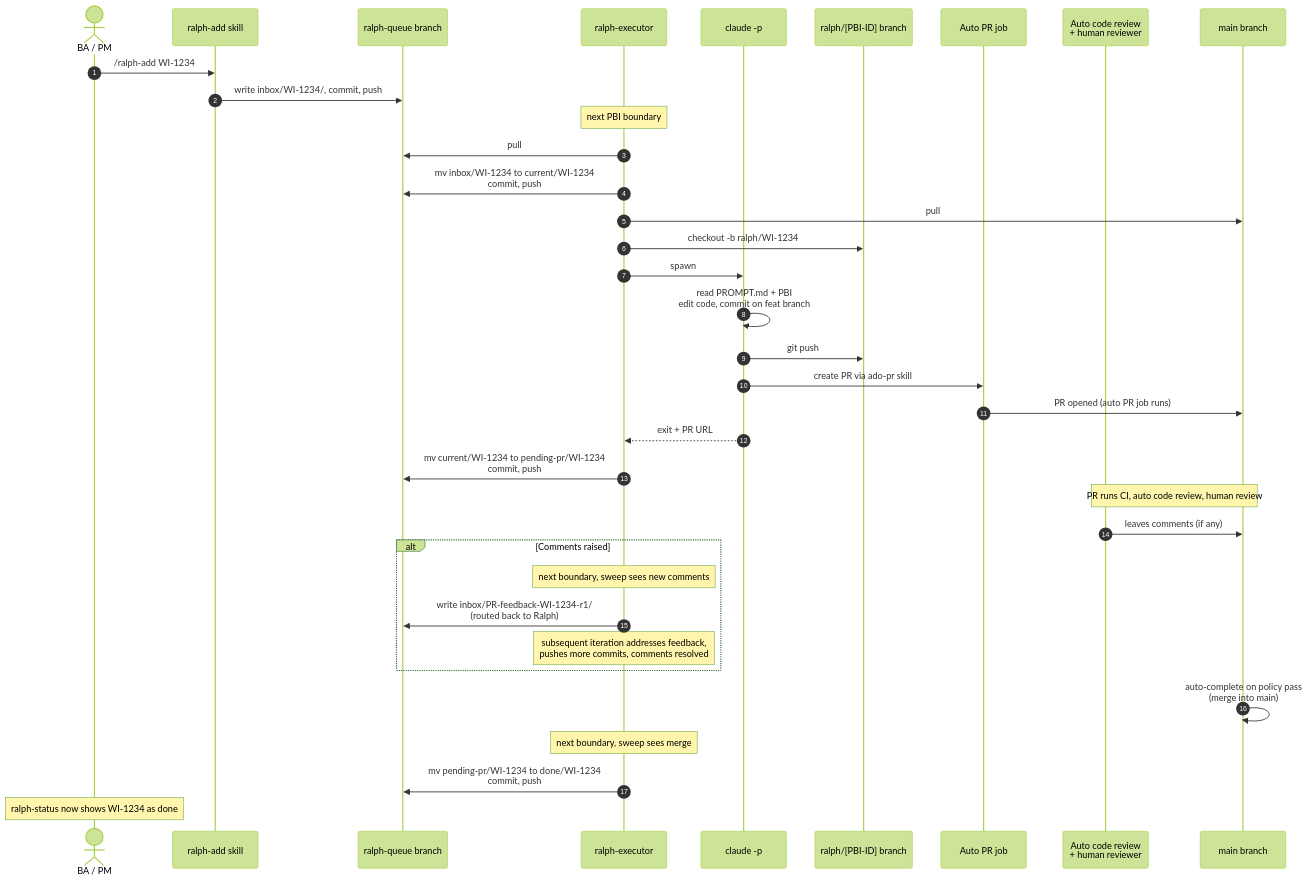
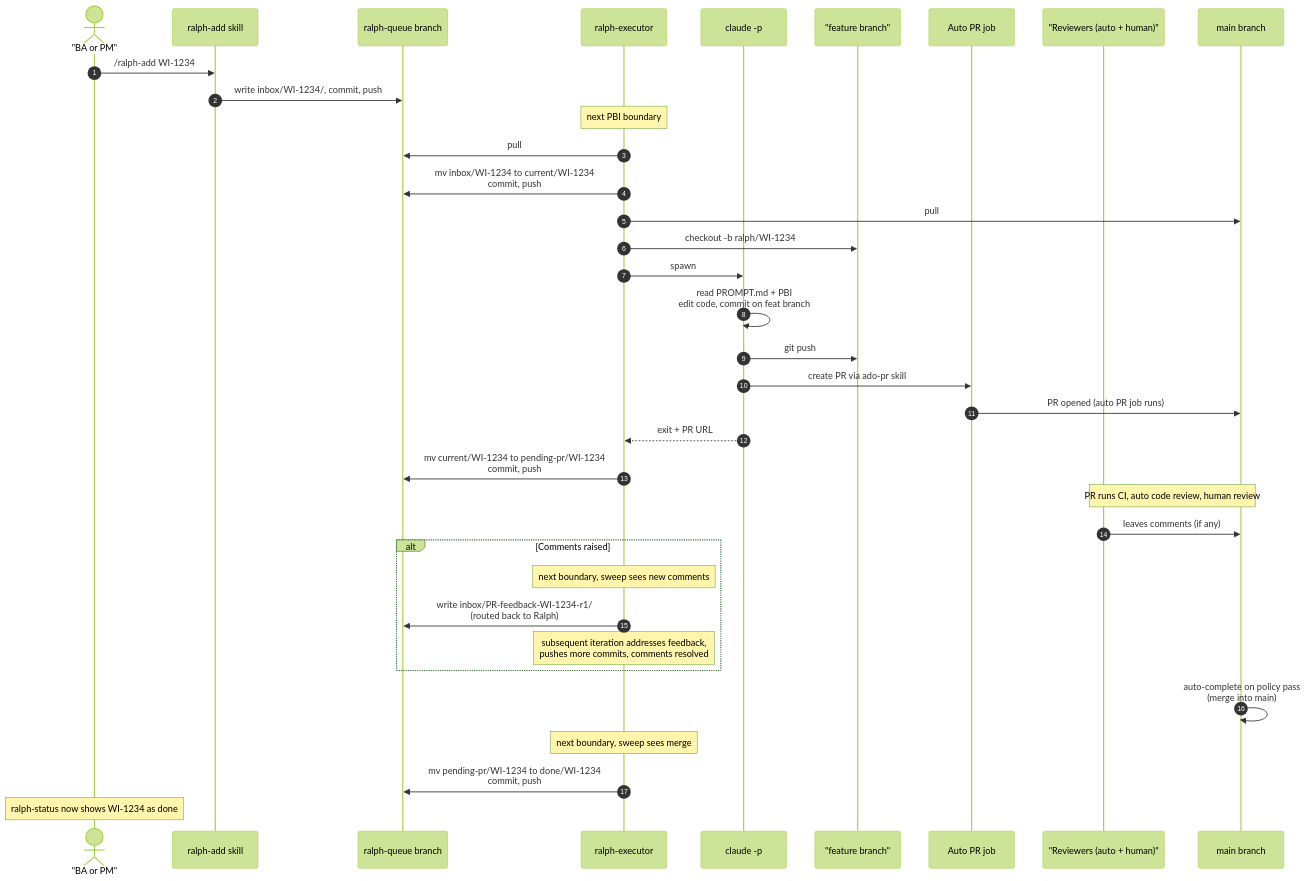
The fifth of 5 diagrams in docs/superpowers/specs/2026-05-23-ralph-v1-per-repo-loop-design.md (emp3thy/ralph), drawn with Mermaid (forest theme) before and after one commit. The commit also changed other lines of this file, not shown here.

Commit message:
Fix mermaid sequence diagram participant aliases
Three participant/actor aliases had unquoted special characters that
mermaid 11.4.1 silently fails to parse:

- "actor BA as BA / PM"  ->  quoted: "BA or PM"
- "participant Feat as ralph/[PBI-ID] branch"  ->  "feature branch"
- "participant Review as Auto code review<br/>+ human reviewer"
  ->  "Reviewers (auto + human)"

Sequence diagram aliases are stricter than flowchart labels: special
chars (/, [, ], <br/>, +) need explicit quoting or simplification.
better-memory semantic memory updated with this pattern + a pre-save
validation checklist so it stops recurring.

````diff
--- a/docs/superpowers/specs/2026-05-23-ralph-v1-per-repo-loop-design.md
+++ b/docs/superpowers/specs/2026-05-23-ralph-v1-per-repo-loop-design.md
@@ -391,47 +391,47 @@
 ```mermaid
 sequenceDiagram
     autonumber
-    actor BA as BA / PM
+    actor BA as "BA or PM"
     participant Skill as ralph-add skill
     participant Queue as ralph-queue branch
     participant Exec as ralph-executor
     participant Claude as claude -p
-    participant Feat as ralph/[PBI-ID] branch
+    participant Feat as "feature branch"
     participant AutoPR as Auto PR job
-    participant Review as Auto code review<br/>+ human reviewer
+    participant Review as "Reviewers (auto + human)"
     participant Main as main branch
 
     BA->>Skill: /ralph-add WI-1234
     Skill->>Queue: write inbox/WI-1234/, commit, push
 
     Note over Exec: next PBI boundary
     Exec->>Queue: pull
     Exec->>Queue: mv inbox/WI-1234 to current/WI-1234<br/>commit, push
     Exec->>Main: pull
     Exec->>Feat: checkout -b ralph/WI-1234
     Exec->>Claude: spawn
 
     Claude->>Claude: read PROMPT.md + PBI<br/>edit code, commit on feat branch
     Claude->>Feat: git push
     Claude->>AutoPR: create PR via ado-pr skill
     AutoPR->>Main: PR opened (auto PR job runs)
     Claude-->>Exec: exit + PR URL
 
     Exec->>Queue: mv current/WI-1234 to pending-pr/WI-1234<br/>commit, push
 
     Note over Main,Review: PR runs CI, auto code review, human review
     Review->>Main: leaves comments (if any)
 
     alt Comments raised
         Note over Exec: next boundary, sweep sees new comments
         Exec->>Queue: write inbox/PR-feedback-WI-1234-r1/<br/>(routed back to Ralph)
         Note over Exec: subsequent iteration addresses feedback,<br/>pushes more commits, comments resolved
     end
 
     Main->>Main: auto-complete on policy pass<br/>(merge into main)
 
     Note over Exec: next boundary, sweep sees merge
     Exec->>Queue: mv pending-pr/WI-1234 to done/WI-1234<br/>commit, push
 
     Note over BA: ralph-status now shows WI-1234 as done
 ```
````
